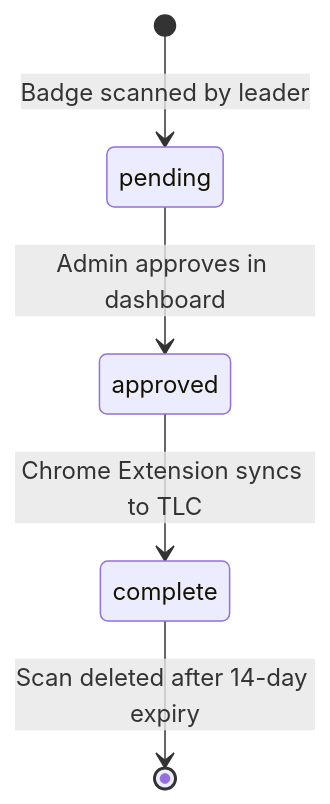
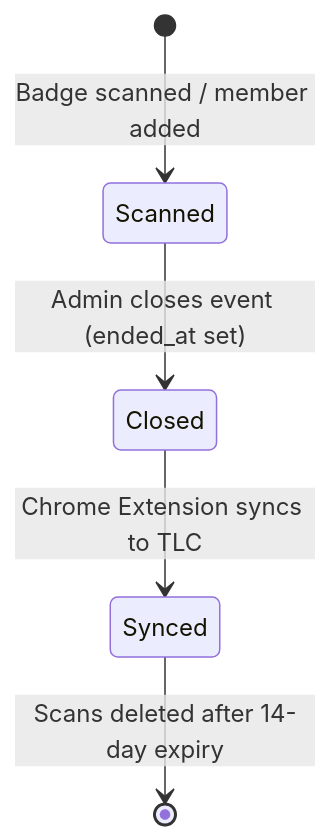
The first of 2 diagrams in docs/architecture/04_scan_lifecycle.md (jerome-smith01/tlc-attendance-saas), drawn with Mermaid before and after one commit. The commit also changed other lines of this file and 6 other files, not shown here.

````diff
--- a/docs/architecture/04_scan_lifecycle.md
+++ b/docs/architecture/04_scan_lifecycle.md
@@ -7,7 +7,7 @@
 ```mermaid
 stateDiagram-v2
-    [*] --> pending : Badge scanned by leader
-    pending --> approved : Admin approves in dashboard
-    approved --> complete : Chrome Extension syncs to TLC
-    complete --> [*] : Scan deleted after 14-day expiry
+    [*] --> Scanned : Badge scanned / member added
+    Scanned --> Closed : Admin closes event (ended_at set)
+    Closed --> Synced : Chrome Extension syncs to TLC
+    Synced --> [*] : Scans deleted after 14-day expiry
 ```
````
